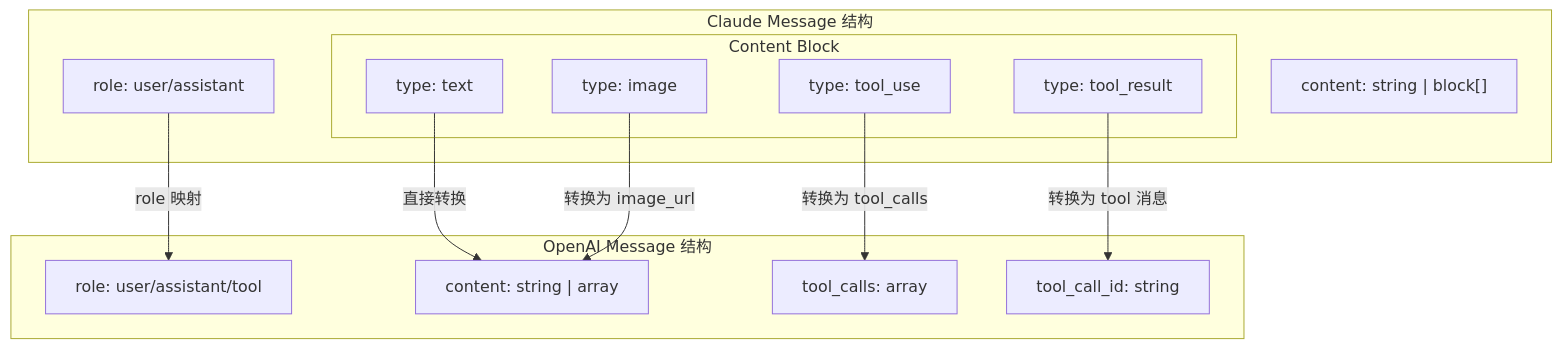
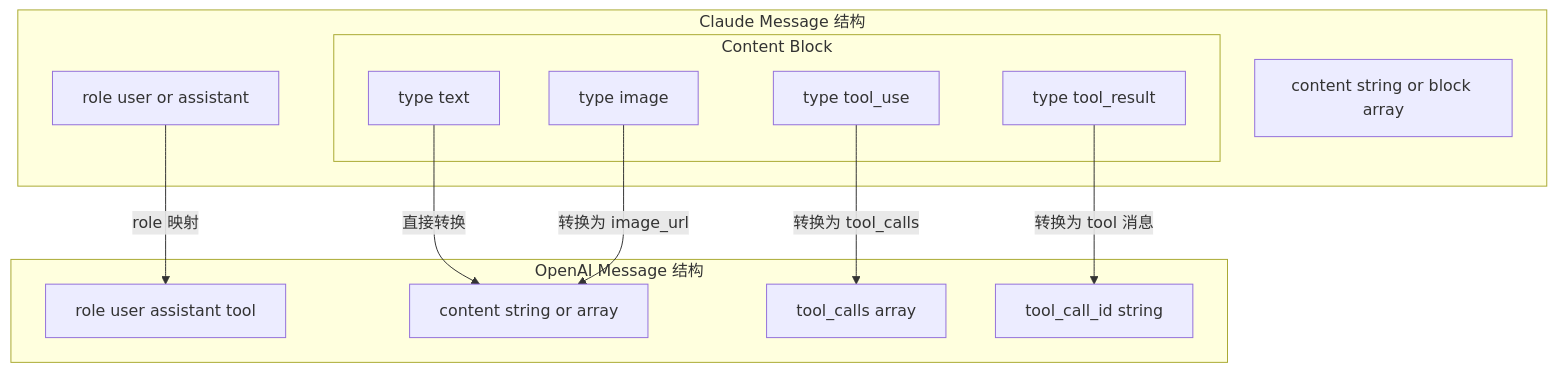
Before and after one commit to RudolphHuang/openclaw_doc: the seventh of 17 diagrams in claudecode/技术方案.md, drawn with Mermaid. The commit also changed other lines of this file, not shown here.

````diff
--- a/claudecode/技术方案.md
+++ b/claudecode/技术方案.md
@@ -240,27 +240,27 @@
 ```mermaid
 graph TB
     subgraph "Claude Message 结构"
-        CM1["role: user/assistant"]
-        CM2["content: string | block[]"]
+        CM1[role user or assistant]
+        CM2[content string or block array]
         
         subgraph "Content Block"
-            CB1["type: text"]
-            CB2["type: tool_use"]
-            CB3["type: tool_result"]
-            CB4["type: image"]
+            CB1[type text]
+            CB2[type tool_use]
+            CB3[type tool_result]
+            CB4[type image]
         end
     end
 
     subgraph "OpenAI Message 结构"
-        OM1["role: user/assistant/tool"]
-        OM2["content: string | array"]
-        OM3["tool_calls: array"]
-        OM4["tool_call_id: string"]
+        OM1[role user assistant tool]
+        OM2[content string or array]
+        OM3[tool_calls array]
+        OM4[tool_call_id string]
     end
 
     CM1 -->|role 映射| OM1
     CB1 -->|直接转换| OM2
     CB2 -->|转换为 tool_calls| OM3
     CB3 -->|转换为 tool 消息| OM4
     CB4 -->|转换为 image_url| OM2
 ```
````
